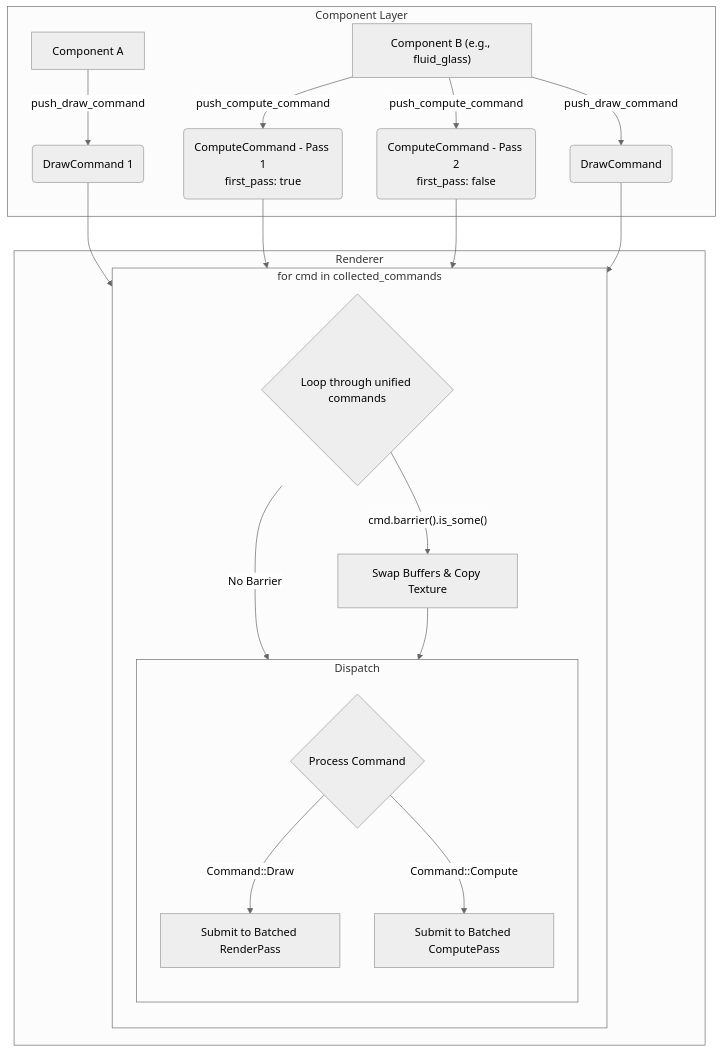
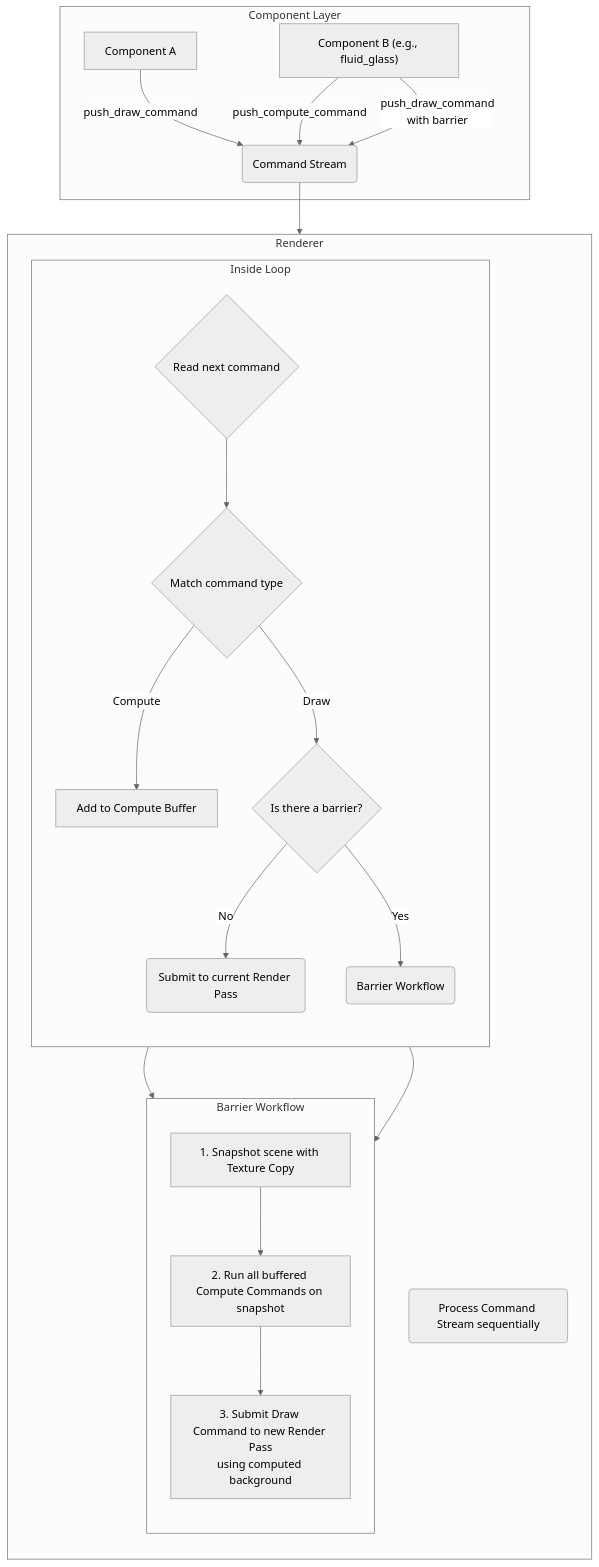
One commit to shadow3aaa/blog changed the second of 2 diagrams in content/a-new-gpu-pass-organization-zh.md. Above: the diagram before and after it, drawn with Mermaid (neutral theme).

Commit message:
更新 GPU Pass 组织方法的流程图，优化命令流和屏障工作流程的描述

````diff
--- a/content/a-new-gpu-pass-organization-zh.md
+++ b/content/a-new-gpu-pass-organization-zh.md
@@ -114,30 +114,34 @@
 ```mermaid
 graph TD
     subgraph Component Layer
-        A[Component A] -->|"push_draw_command"| C(DrawCommand 1);
-        B[Component B #40;e.g., fluid_glass#41;] -->|"push_compute_command"| D(ComputeCommand - Pass 1<br>first_pass: true);
-        B -->|"push_compute_command"| E(ComputeCommand - Pass 2<br>first_pass: false);
-        B -->|"push_draw_command"| F(DrawCommand);
+        A[Component A] -->|"push_draw_command"| S(Command Stream);
+        B[Component B #40;e.g., fluid_glass#41;] -->|"push_compute_command"| S;
+        B -->|"push_draw_command<br>with barrier"| S;
     end
 
     subgraph Renderer
-        subgraph "for cmd in collected_commands"
+        direction TB
+        Loop(Process Command Stream sequentially);
+        
+        subgraph "Inside Loop"
             direction TB
-            G{Loop through unified commands};
-            G -- "cmd.barrier().is_some()" --> H[Swap Buffers & Copy Texture];
-            G -- "No Barrier" --> I{Process Command};
-            H --> I;
+            Cmd{Read next command};
+            Cmd --> Match{Match command type};
+            Match -- "Compute" --> Batch[Add to Compute Buffer];
+            Match -- "Draw" --> DrawPath{Is there a barrier?};
+            DrawPath -- "No" --> SubmitDraw(Submit to current Render Pass);
+            DrawPath -- "Yes" --> BarrierPath(Barrier Workflow);
+        end
 
-            subgraph "Dispatch"
-                direction TB
-                I -- "Command::Draw" --> J[Submit to Batched RenderPass];
-                I -- "Command::Compute" --> K[Submit to Batched ComputePass];
-            end
+        subgraph "Barrier Workflow"
+            direction TB
+            BarrierPath --> Snapshot[1. Snapshot scene with Texture Copy];
+            Snapshot --> ExecCompute[2. Run all buffered Compute Commands on snapshot];
+            ExecCompute --> SubmitDrawWithBG[3. Submit Draw Command to new Render Pass<br>using computed background];
         end
+
+        Batch --> ExecCompute;
     end
 
-    C --> G;
-    D --> G;
-    E --> G;
-    F --> G;
+    S --> Loop;
 ```
````
